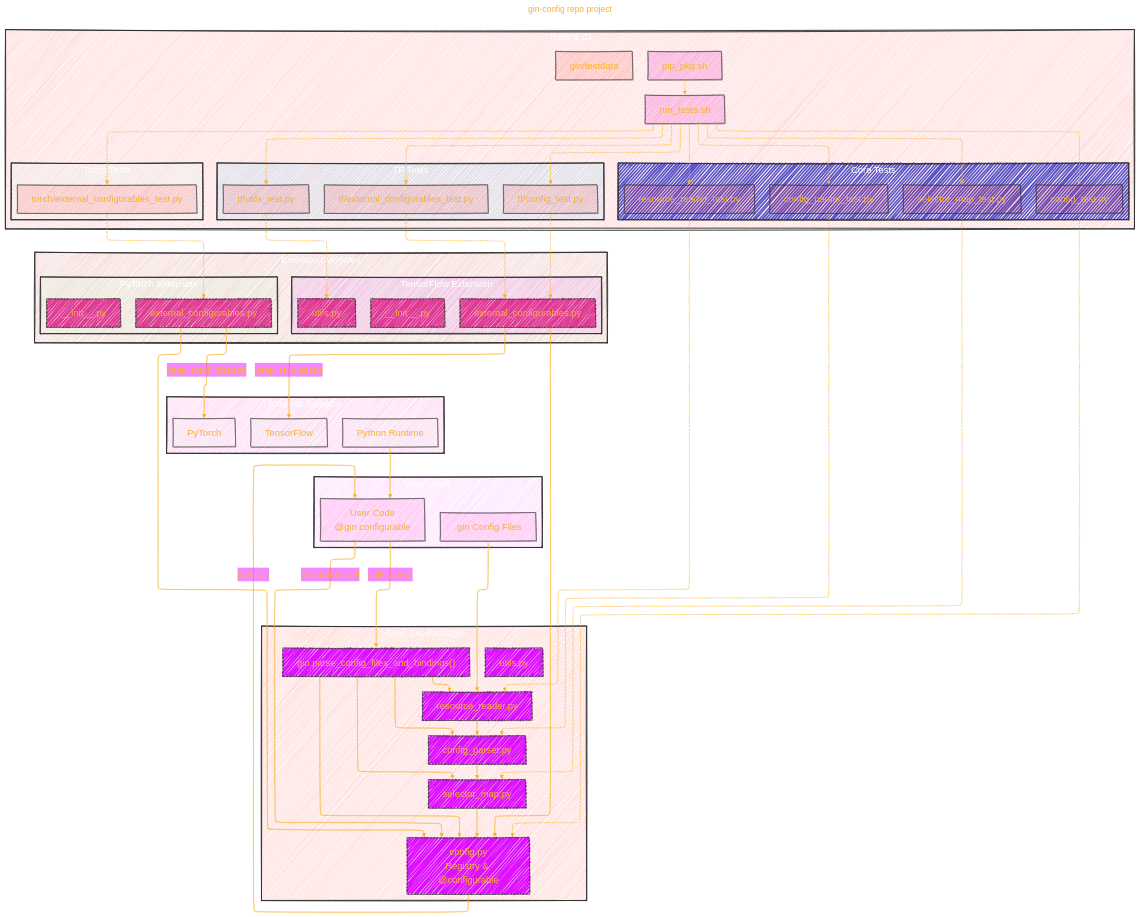
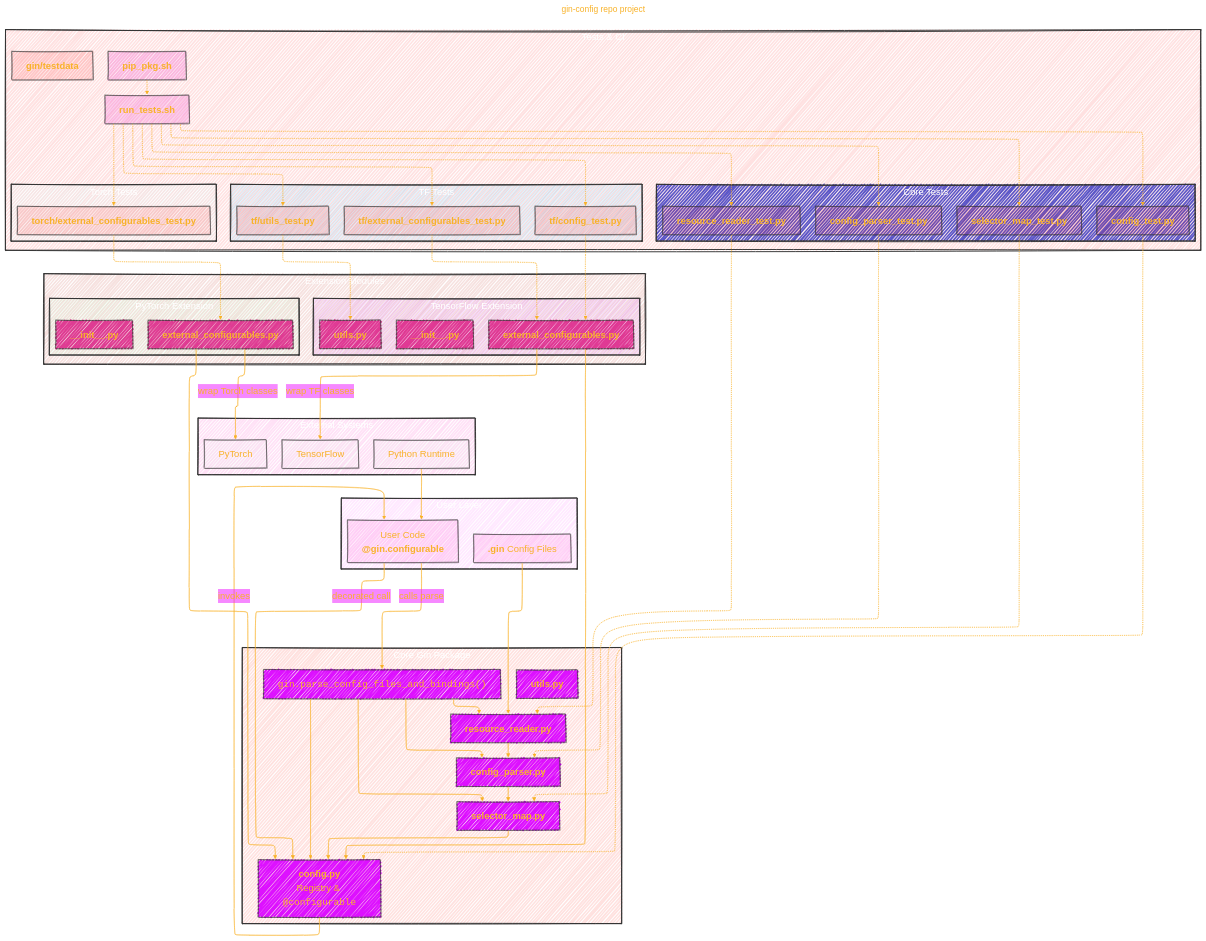
The first of 2 diagrams in GOOGLE/gin-config.md (CongLeSolutionX/ArchExplorer), drawn with Mermaid before and after one commit.

Commit message:
update notes

```diff
--- a/GOOGLE/gin-config.md
+++ b/GOOGLE/gin-config.md
@@ -77,20 +77,20 @@
   subgraph User_Layer["User Layer"]
   style User_Layer fill:#F5F2,stroke:#333,stroke-width:2px, color: #FFFF
   direction TB
-    UserCode["User Code\n@gin.configurable"]:::user
-    ConfigFiles[".gin Config Files"]:::user
+    UserCode["User Code<br/><b>@gin.configurable</b>"]:::user
+    ConfigFiles["<b>.gin</b> Config Files"]:::user
   end
 
   %% Core Layer
   subgraph Core_Gin_Package["Core Gin Package"]
   style Core_Gin_Package fill:#F212,stroke:#333,stroke-width:2px, color: #FFFF
   direction TB
-    API["gin.parse_config_files_and_bindings()"]:::core
-    config["config.py\nRegistry & @configurable"]:::core
-    reader["resource_reader.py"]:::core
-    parser["config_parser.py"]:::core
-    selector["selector_map.py"]:::core
-    utils["utils.py"]:::core
+    API["<code>gin.parse_config_files_and_bindings()</code>"]:::core
+    config["<b>config.py</b><br/>Registry & <code>@configurable</code>"]:::core
+    reader["<b>resource_reader.py</b>"]:::core
+    parser["<b>config_parser.py</b>"]:::core
+    selector["<b>selector_map.py</b>"]:::core
+    utils["<b>utils.py</b>"]:::core
   end
 
   %% Extension Layer
@@ -101,16 +101,16 @@
       subgraph TensorFlow_Extension["TensorFlow Extension"]
       style TensorFlow_Extension fill:#C2F2,stroke:#333,stroke-width:2px, color: #FFFF
       direction TB
-        tfInit["__init__.py"]:::ext
-        tfReg["external_configurables.py"]:::ext
-        tfUtils["utils.py"]:::ext
+        tfInit["<b>__init__.py</b>"]:::ext
+        tfReg["<b>external_configurables.py</b>"]:::ext
+        tfUtils["<b>utils.py</b>"]:::ext
       end
       
       subgraph PyTorch_Extension["PyTorch Extension"]
       style PyTorch_Extension fill:#AFB2,stroke:#333,stroke-width:2px, color: #FFFF
       direction TB
-        torchInit["__init__.py"]:::ext
-        torchReg["external_configurables.py"]:::ext
+        torchInit["<b>__init__.py</b>"]:::ext
+        torchReg["<b>external_configurables.py</b>"]:::ext
     end
   end
 
@@ -128,27 +128,27 @@
 
     subgraph Core_Tests["Core Tests"]
     style Core_Tests fill:#22BB,stroke:#333,stroke-width:2px, color: #FFFF
-      parserTest["config_parser_test.py"]:::test
-      configTest["config_test.py"]:::test
-      readerTest["resource_reader_test.py"]:::test
-      selectorTest["selector_map_test.py"]:::test
+      parserTest["<b>config_parser_test.py</b>"]:::test
+      configTest["<b>config_test.py</b>"]:::test
+      readerTest["<b>resource_reader_test.py</b>"]:::test
+      selectorTest["<b>selector_map_test.py</b>"]:::test
     end
     
     subgraph TF_Tests["TF Tests"]
     style TF_Tests fill:#2BF2,stroke:#333,stroke-width:2px, color: #FFFF
-      tfConfigTest["tf/config_test.py"]:::test
-      tfRegTest["tf/external_configurables_test.py"]:::test
-      tfUtilsTest["tf/utils_test.py"]:::test
+      tfConfigTest["<b>tf/config_test.py</b>"]:::test
+      tfRegTest["<b>tf/external_configurables_test.py</b>"]:::test
+      tfUtilsTest["<b>tf/utils_test.py</b>"]:::test
     end
     
     subgraph Torch_Tests["Torch Tests"]
     style Torch_Tests fill:#BFF2,stroke:#333,stroke-width:2px, color: #FFFF
-      torchTest["torch/external_configurables_test.py"]:::test
+      torchTest["<b>torch/external_configurables_test.py</b>"]:::test
     end
 
-    testdata["gin/testdata"]:::test
-    runTests["run_tests.sh"]:::script
-    pipPkg["pip_pkg.sh"]:::script
+    testdata["<b>gin/testdata</b>"]:::test
+    runTests["<b>run_tests.sh</b>"]:::script
+    pipPkg["<b>pip_pkg.sh</b>"]:::script
   end
 
   %% Main Flow
```
